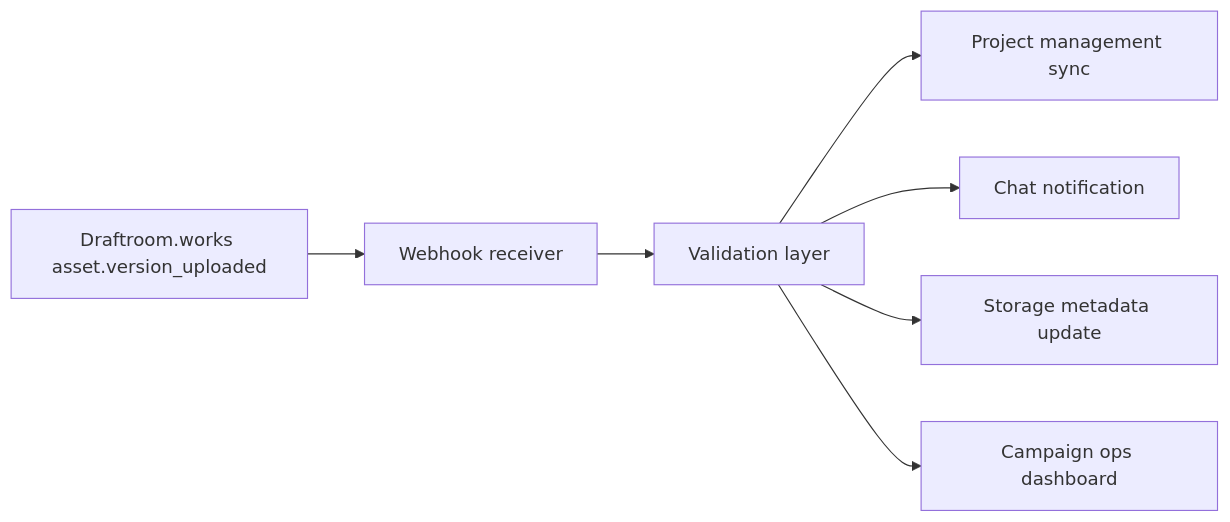
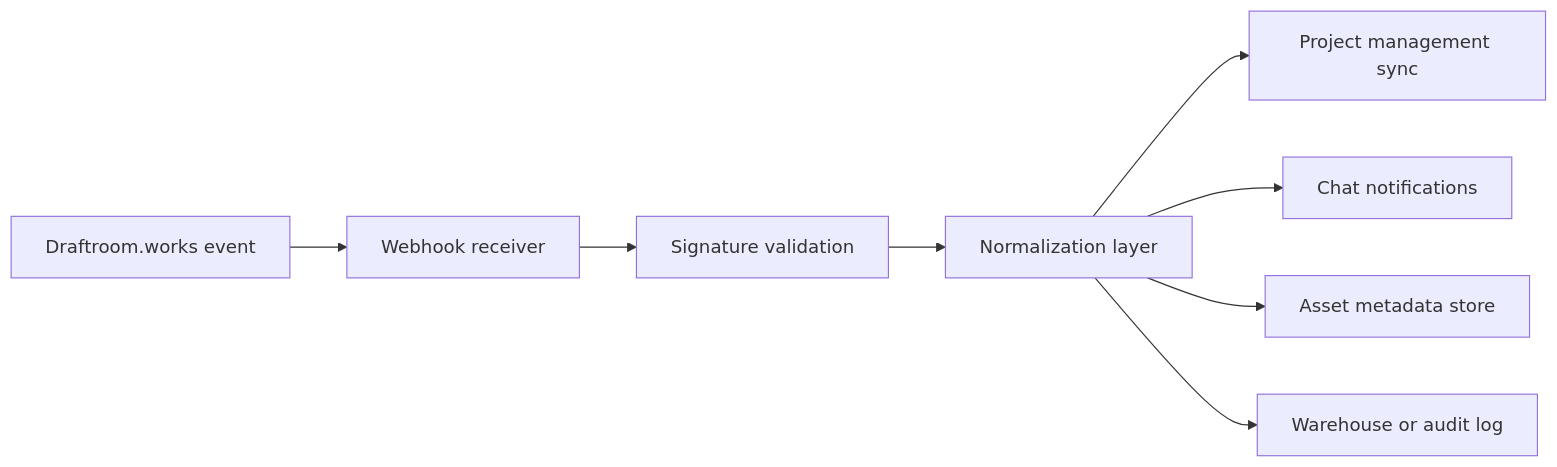
The diagram in README.md (thaherster/marketing-workflow-schemas), drawn with Mermaid before and after one commit. The commit also changed other lines of this file and 9 other files, not shown here.

````diff
--- a/README.md
+++ b/README.md
@@ -215,9 +213,10 @@
 ```mermaid
 flowchart LR
-  A["Draftroom.works asset.version_uploaded"] --> B["Webhook receiver"]
-  B --> C["Validation layer"]
-  C --> D["Project management sync"]
-  C --> E["Chat notification"]
-  C --> F["Storage metadata update"]
-  C --> G["Campaign ops dashboard"]
+  A["Draftroom.works event"] --> B["Webhook receiver"]
+  B --> C["Signature validation"]
+  C --> D["Normalization layer"]
+  D --> E["Project management sync"]
+  D --> F["Chat notifications"]
+  D --> G["Asset metadata store"]
+  D --> H["Warehouse or audit log"]
 ```
````
